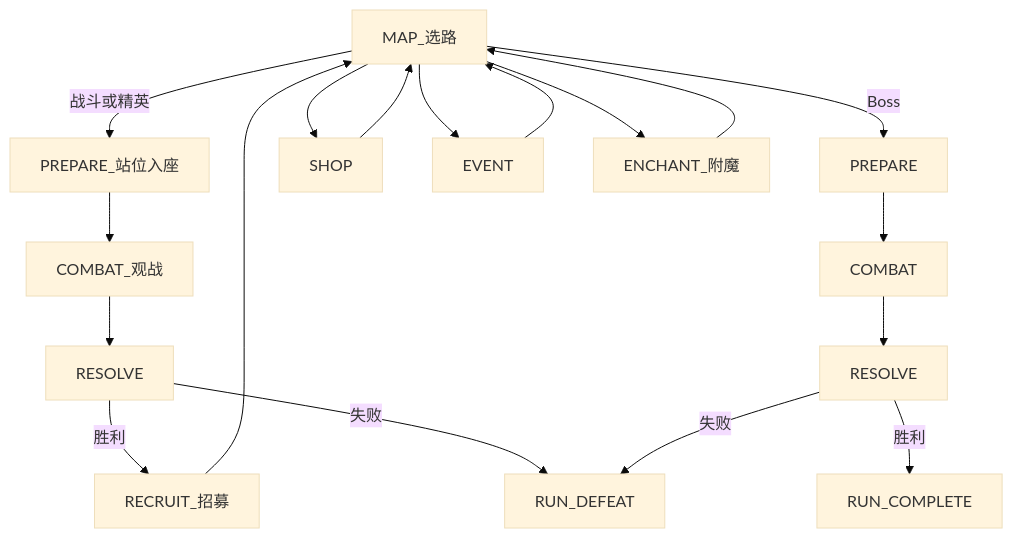
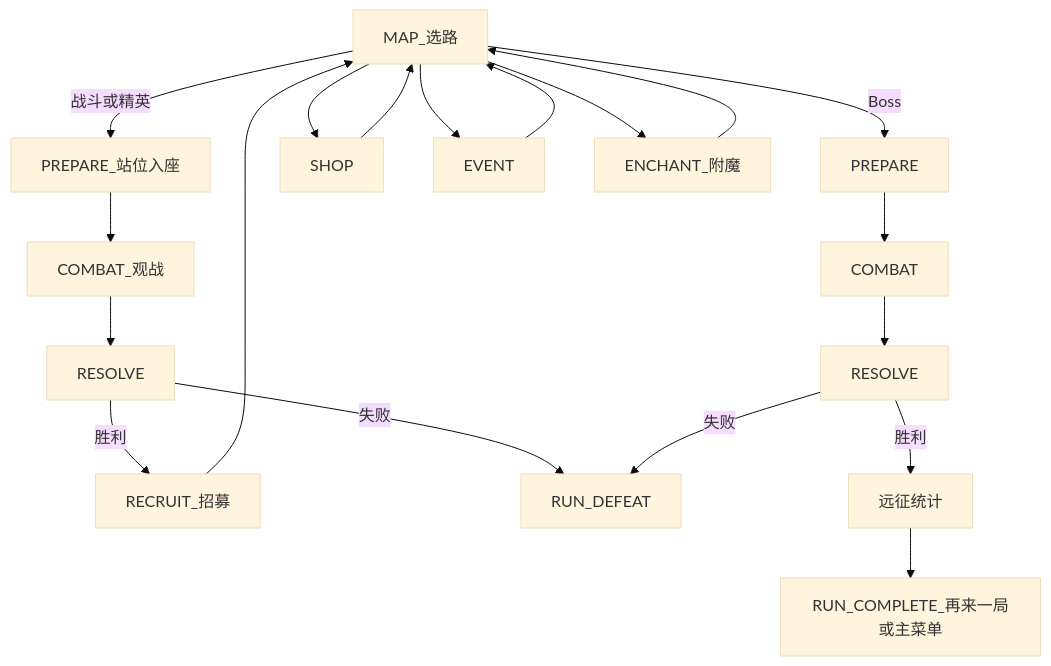
Before and after one commit to Kanerickyz/project-autochess: the first of 2 diagrams in Documents/GAME_VISION.md, drawn with Mermaid (base theme). The commit also changed 13 other files, not shown here.

First line of the commit message:
feat(run): Boss 通关后先展示远征统计再选回主菜单

````diff
--- a/Documents/GAME_VISION.md
+++ b/Documents/GAME_VISION.md
@@ -104,12 +104,13 @@
 ```mermaid
 flowchart TD
     Map[MAP_选路] -->|战斗或精英| Prep[PREPARE_站位入座] --> Combat[COMBAT_观战] --> Resolve[RESOLVE]
     Resolve -->|胜利| Recruit[RECRUIT_招募] --> Map
     Resolve -->|失败| RunDefeat[RUN_DEFEAT]
     Map -->|Boss| BossPrep[PREPARE] --> BossCombat[COMBAT] --> BossResolve[RESOLVE]
-    BossResolve -->|胜利| RunComplete[RUN_COMPLETE]
+    BossResolve -->|胜利| RunStats[远征统计]
+    RunStats --> RunComplete[RUN_COMPLETE_再来一局或主菜单]
     BossResolve -->|失败| RunDefeat
     Map --> ShopNode[SHOP] --> Map
     Map --> Event[EVENT] --> Map
     Map --> Enchant[ENCHANT_附魔] --> Map
 ```
````
